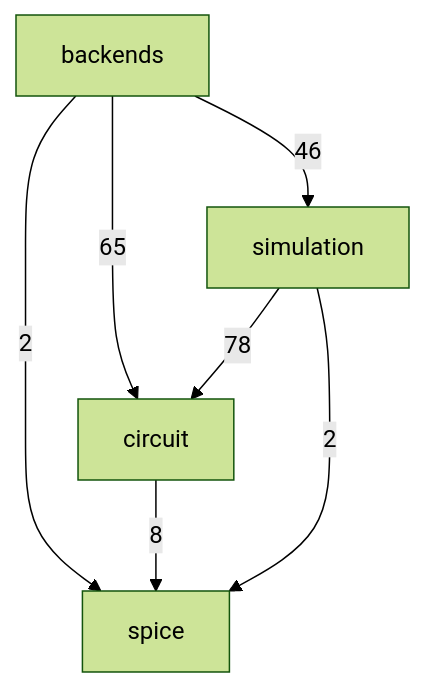
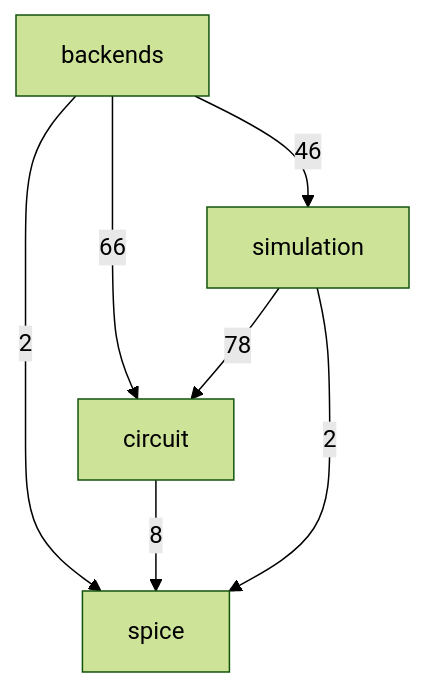
The second of 3 diagrams in docs/architecture.md (ronnymilleo/imcsim), drawn with Mermaid (forest theme) before and after one commit.

Commit message:
Update architecture include diagram

````diff
--- a/docs/architecture.md
+++ b/docs/architecture.md
@@ -33,13 +33,13 @@
 ```mermaid
 flowchart TD
     app_core_spice[spice]
     app_core_circuit[circuit]
     app_core_simulation[simulation]
     app_core_backends[backends]
-    app_core_backends -->|65| app_core_circuit
+    app_core_backends -->|66| app_core_circuit
     app_core_backends -->|46| app_core_simulation
     app_core_backends -->|2| app_core_spice
     app_core_circuit -->|8| app_core_spice
     app_core_simulation -->|78| app_core_circuit
     app_core_simulation -->|2| app_core_spice
 ```
````
